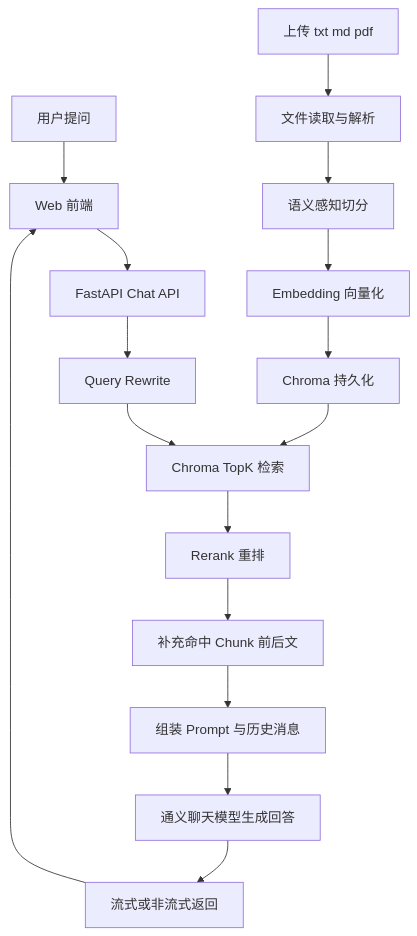
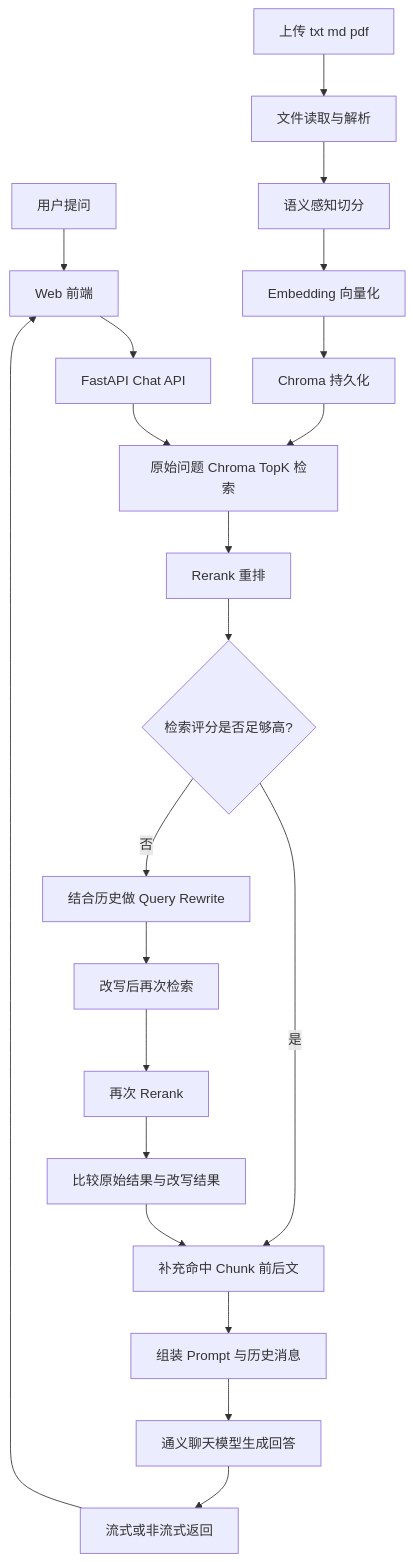
One commit to 501servenot/RAGTool changed the diagram in README.md. Above: the diagram before and after it, drawn with Mermaid. The commit also changed other lines of this file and 1 other file, not shown here.

````diff
--- a/README.md
+++ b/README.md
@@ -39,19 +40,24 @@
 ```mermaid
 flowchart TD
     user[用户提问] --> webUi[Web 前端]
     webUi --> chatApi[FastAPI Chat API]
-    chatApi --> rewriteQuery[Query Rewrite]
-    rewriteQuery --> retrieveDocs[Chroma TopK 检索]
+    chatApi --> retrieveDocs[原始问题 Chroma TopK 检索]
     retrieveDocs --> rerankDocs[Rerank 重排]
-    rerankDocs --> expandContext[补充命中 Chunk 前后文]
+    rerankDocs --> qualityGate{检索评分是否足够高?}
+    qualityGate -->|是| expandContext[补充命中 Chunk 前后文]
+    qualityGate -->|否| rewriteQuery[结合历史做 Query Rewrite]
+    rewriteQuery --> retrieveDocsRewritten[改写后再次检索]
+    retrieveDocsRewritten --> rerankDocsRewritten[再次 Rerank]
+    rerankDocsRewritten --> compareResults[比较原始结果与改写结果]
+    compareResults --> expandContext
     expandContext --> promptBuilder[组装 Prompt 与历史消息]
     promptBuilder --> llmAnswer[通义聊天模型生成回答]
     llmAnswer --> streamResponse[流式或非流式返回]
     streamResponse --> webUi
 
     uploadFile[上传 txt md pdf] --> parseFile[文件读取与解析]
     parseFile --> semanticChunk[语义感知切分]
     semanticChunk --> embedDocs[Embedding 向量化]
     embedDocs --> chromaStore[Chroma 持久化]
     chromaStore --> retrieveDocs
 ```
````
